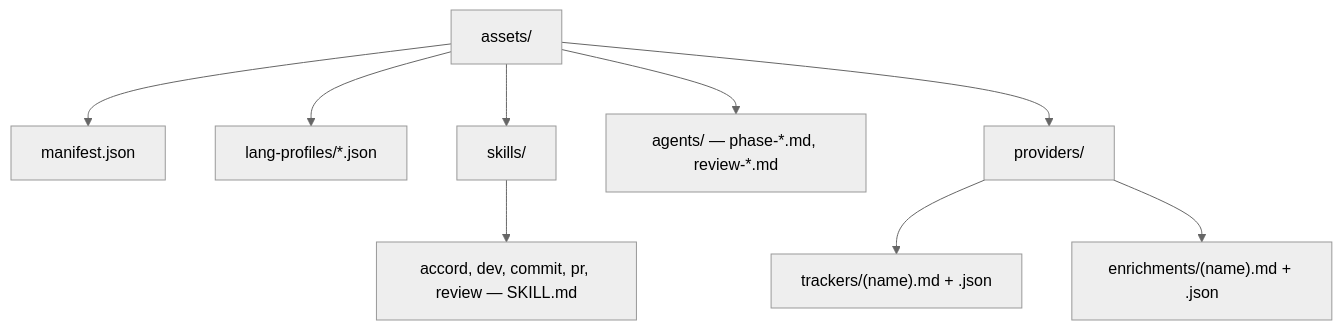
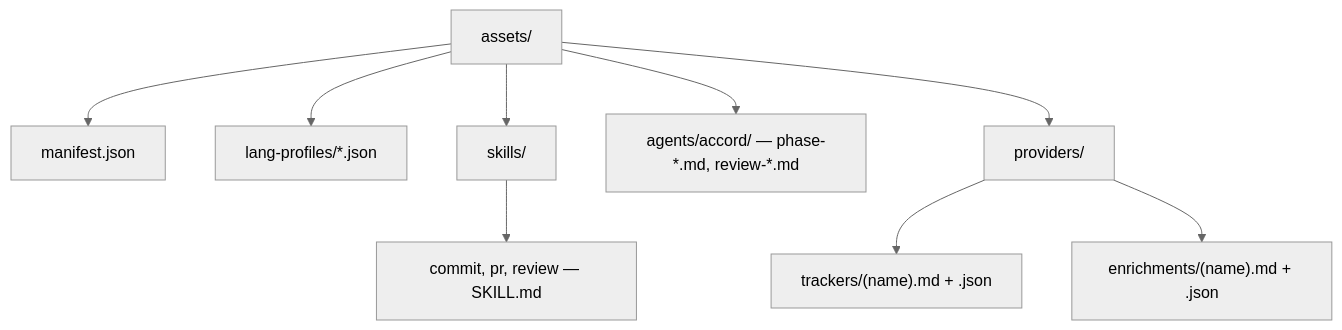
One commit to cshirley/accord changed the diagram in docs/packaged-assets.md. Above: the diagram before and after it, drawn with Mermaid (neutral theme). The commit also changed other lines of this file and 21 other files, not shown here.

First line of the commit message:
[DOCS] Align docs with core orchestrator and removed accord skill

````diff
--- a/docs/packaged-assets.md
+++ b/docs/packaged-assets.md
@@ -5,11 +5,11 @@
 ```mermaid
 flowchart TB
   A["assets/"] --> M["manifest.json"]
   A --> L["lang-profiles/*.json"]
   A --> SK["skills/"]
-  SK --> SA["accord, dev, commit, pr, review — SKILL.md"]
-  A --> AG["agents/ — phase-*.md, review-*.md"]
+  SK --> SA["commit, pr, review — SKILL.md"]
+  A --> AG["agents/accord/ — phase-*.md, review-*.md"]
   A --> PR["providers/"]
   PR --> TR["trackers/(name).md + .json"]
   PR --> EN["enrichments/(name).md + .json"]
 ```
````
